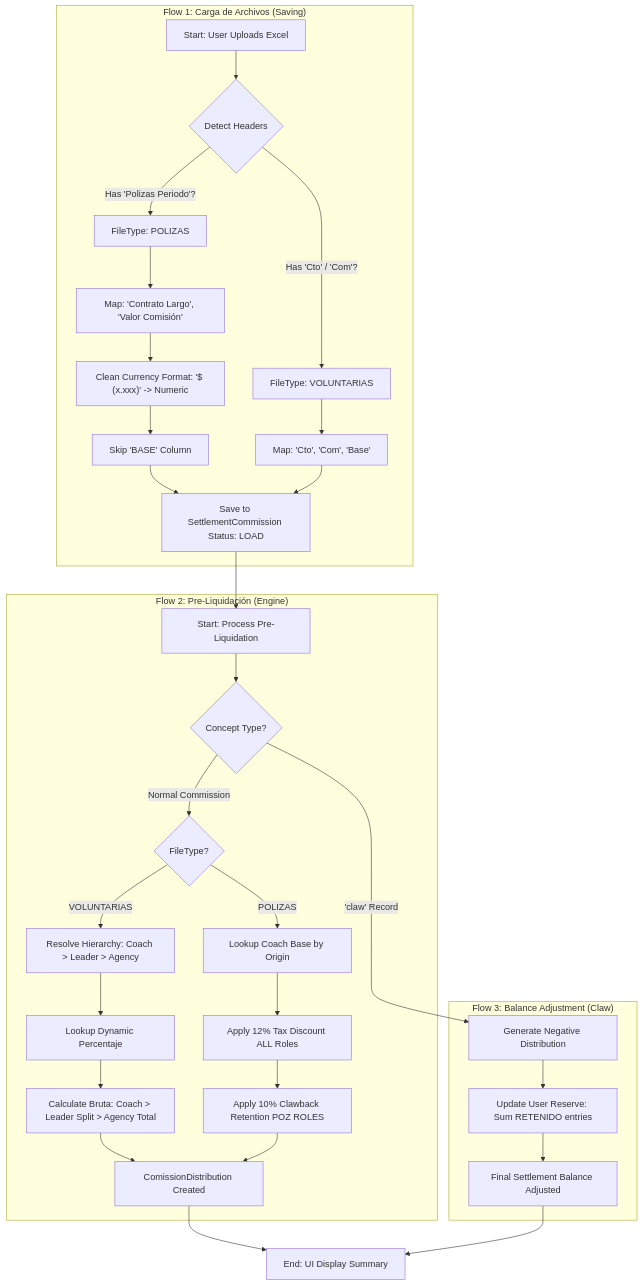
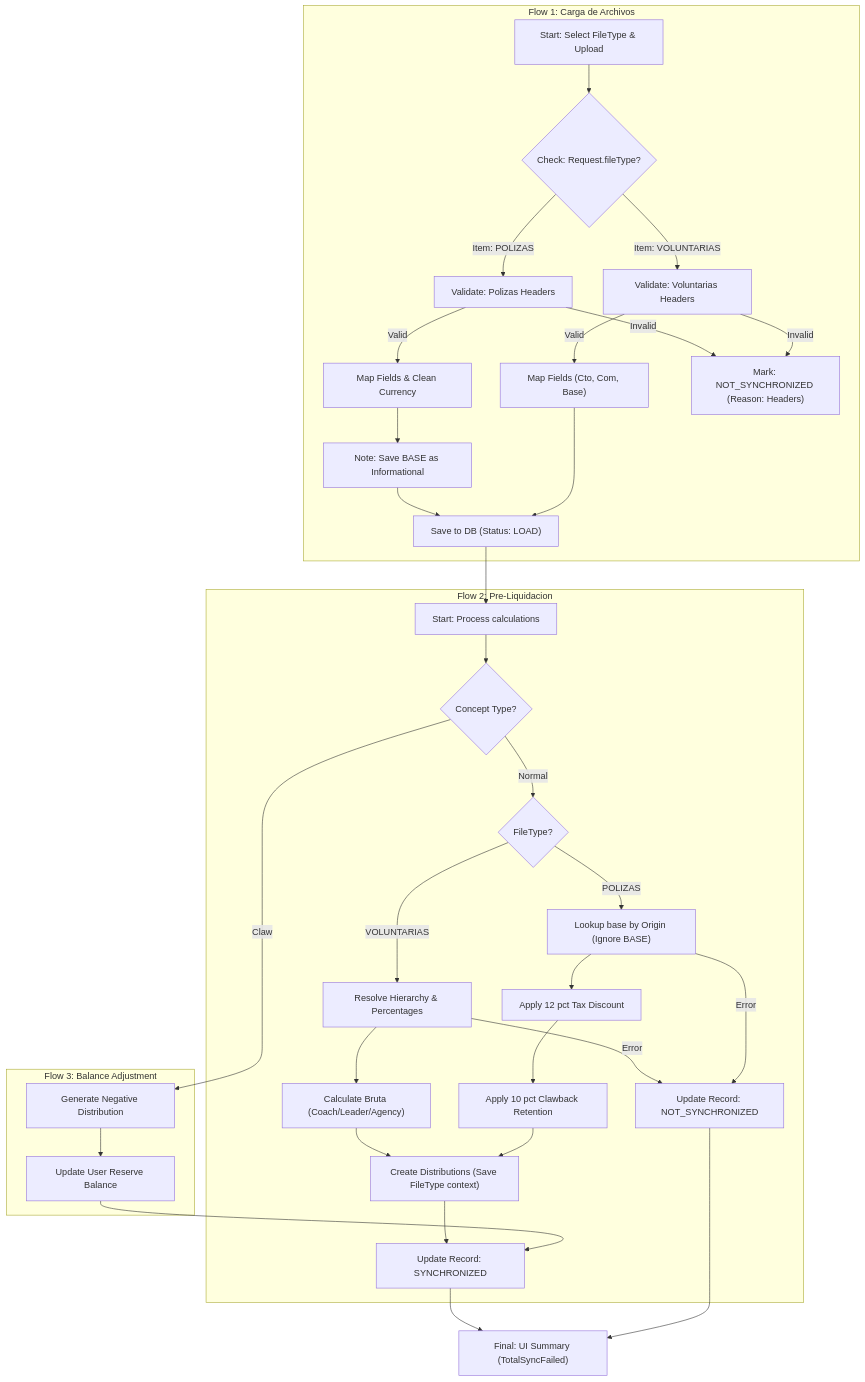
The diagram in specs/005-adjust-commission-file-loading/flowchart.md (financieramentecu/financieramente-app), drawn with Mermaid before and after one commit. The commit also changed other lines of this file, not shown here.

Commit message:
fix: simplify mermaid syntax to resolve parse error

````diff
--- a/specs/005-adjust-commission-file-loading/flowchart.md
+++ b/specs/005-adjust-commission-file-loading/flowchart.md
@@ -5,44 +5,49 @@
 ```mermaid
 graph TD
-    subgraph Flow_1 ["Flow 1: Carga de Archivos (Saving)"]
-        A["Start: User Uploads Excel"] --> B{"Detect Headers"}
-        B -- "Has 'Polizas Periodo'?" --> C["FileType: POLIZAS"]
-        B -- "Has 'Cto' / 'Com'?" --> D["FileType: VOLUNTARIAS"]
+    subgraph FLOW1 ["Flow 1: Carga de Archivos"]
+        A["Start: Select FileType & Upload"] --> B{"Check: Request.fileType?"}
         
-        C --> E["Map: 'Contrato Largo', 'Valor Comisión'"]
-        E --> F["Clean Currency Format: '$ (x.xxx)' -> Numeric"]
-        F --> G["Skip 'BASE' Column"]
+        B -- "Item: POLIZAS" --> C["Validate: Polizas Headers"]
+        B -- "Item: VOLUNTARIAS" --> D["Validate: Voluntarias Headers"]
         
-        D --> H["Map: 'Cto', 'Com', 'Base'"]
+        C -- "Valid" --> E["Map Fields & Clean Currency"]
+        E --> F["Note: Save BASE as Informational"]
+        F --> G["Save to DB (Status: LOAD)"]
         
-        G --> I["Save to SettlementCommission Status: LOAD"]
-        H --> I
+        D -- "Valid" --> H["Map Fields (Cto, Com, Base)"]
+        H --> G
+        
+        C -- "Invalid" --> I["Mark: NOT_SYNCHRONIZED (Reason: Headers)"]
+        D -- "Invalid" --> I
     end
 
-    subgraph Flow_2 ["Flow 2: Pre-Liquidación (Engine)"]
-        I --> J["Start: Process Pre-Liquidation"]
+    subgraph FLOW2 ["Flow 2: Pre-Liquidacion"]
+        G --> J["Start: Process calculations"]
         J --> K{"Concept Type?"}
         
-        K -- "Normal Commission" --> L{"FileType?"}
+        K -- "Normal" --> L{"FileType?"}
         
-        L -- "VOLUNTARIAS" --> M["Resolve Hierarchy: Coach > Leader > Agency"]
-        M --> N["Lookup Dynamic Percentaje"]
-        N --> O["Calculate Bruta: Coach > Leader Split > Agency Total"]
+        L -- "VOLUNTARIAS" --> M["Resolve Hierarchy & Percentages"]
+        M --> N["Calculate Bruta (Coach/Leader/Agency)"]
         
-        L -- "POLIZAS" --> P["Lookup Coach Base by Origin"]
-        P --> Q["Apply 12% Tax Discount ALL Roles"]
-        Q --> R["Apply 10% Clawback Retention POZ ROLES"]
+        L -- "POLIZAS" --> O["Lookup base by Origin (Ignore BASE)"]
+        O --> P["Apply 12 pct Tax Discount"]
+        P --> Q["Apply 10 pct Clawback Retention"]
         
-        O --> S["ComissionDistribution Created"]
-        R --> S
+        N --> R["Create Distributions (Save FileType context)"]
+        Q --> R
+        
+        R --> S["Update Record: SYNCHRONIZED"]
+        M -- "Error" --> T["Update Record: NOT_SYNCHRONIZED"]
+        O -- "Error" --> T
     end
 
-    subgraph Flow_3 ["Flow 3: Balance Adjustment (Claw)"]
-        K -- "'claw' Record" --> T["Generate Negative Distribution"]
-        T --> U["Update User Reserve: Sum RETENIDO entries"]
-        U --> V["Final Settlement Balance Adjusted"]
+    subgraph FLOW3 ["Flow 3: Balance Adjustment"]
+        K -- "Claw" --> U["Generate Negative Distribution"]
+        U --> V["Update User Reserve Balance"]
+        V --> S
     end
 
-    S --> W["End: UI Display Summary"]
-    V --> W
+    S --> W["Final: UI Summary (TotalSyncFailed)"]
+    T --> W
 ```
````
